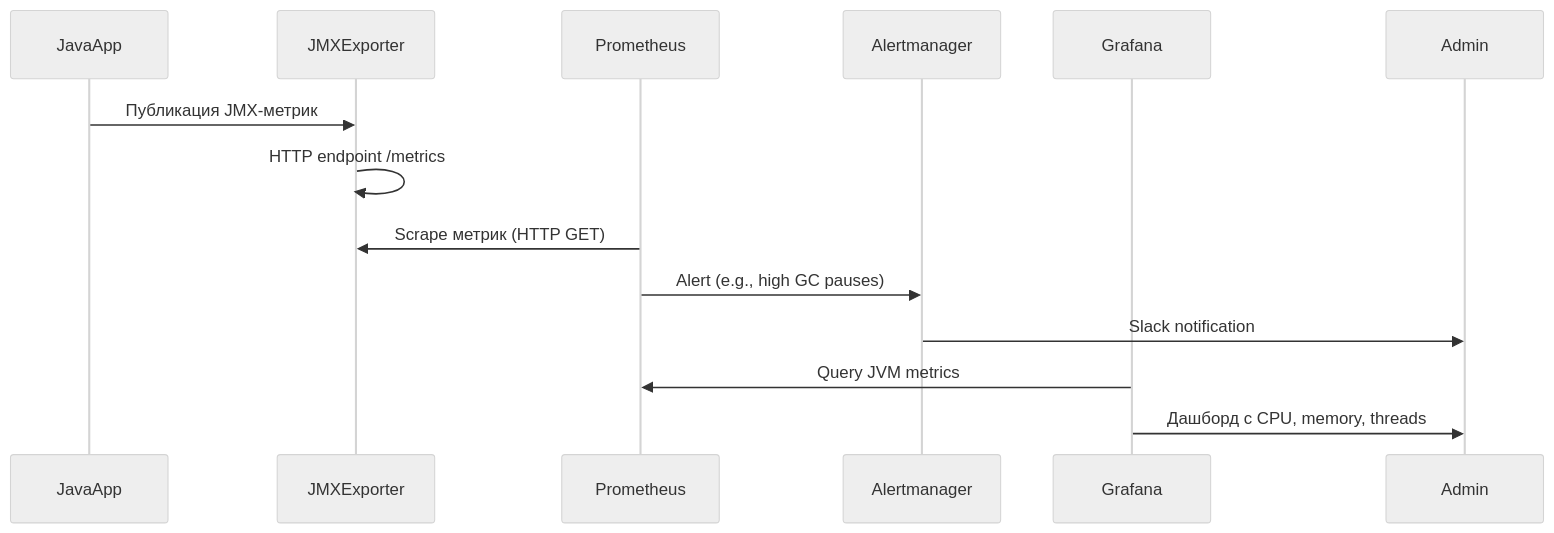
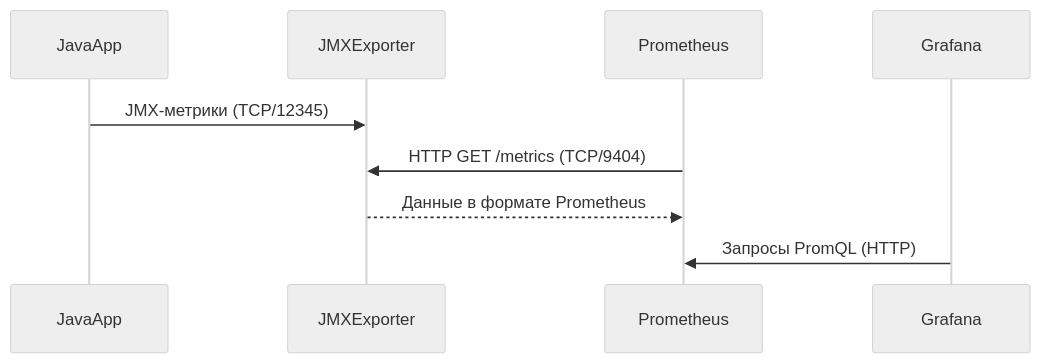
The third of 5 diagrams in Introduction_monitoring/README.md (lamjob1993/linux-monitoring), drawn with Mermaid (neutral theme) before and after one commit. The commit also changed other lines of this file, not shown here.

````diff
--- a/Introduction_monitoring/README.md
+++ b/Introduction_monitoring/README.md
@@ -113,16 +117,12 @@
-```mermaid
-sequenceDiagram
-    participant JavaApp
-    participant JMXExporter
-    participant Prometheus
-    participant Alertmanager
-    participant Grafana
+```mermaid  
+sequenceDiagram  
+    participant JavaApp  
+    participant JMXExporter  
+    participant Prometheus  
+    participant Grafana  
 
-    JavaApp->>JMXExporter: Публикация JMX-метрик
-    JMXExporter->>JMXExporter: HTTP endpoint /metrics
-    Prometheus->>JMXExporter: Scrape метрик (HTTP GET)
-    Prometheus->>Alertmanager: Alert (e.g., high GC pauses)
-    Alertmanager->>Admin: Slack notification
-    Grafana->>Prometheus: Query JVM metrics
-    Grafana->>Admin: Дашборд с CPU, memory, threads
-```
+    JavaApp->>JMXExporter: JMX-метрики (TCP/12345)  
+    Prometheus->>JMXExporter: HTTP GET /metrics (TCP/9404)  
+    JMXExporter-->>Prometheus: Данные в формате Prometheus  
+    Grafana->>Prometheus: Запросы PromQL (HTTP)  
+```  
````
